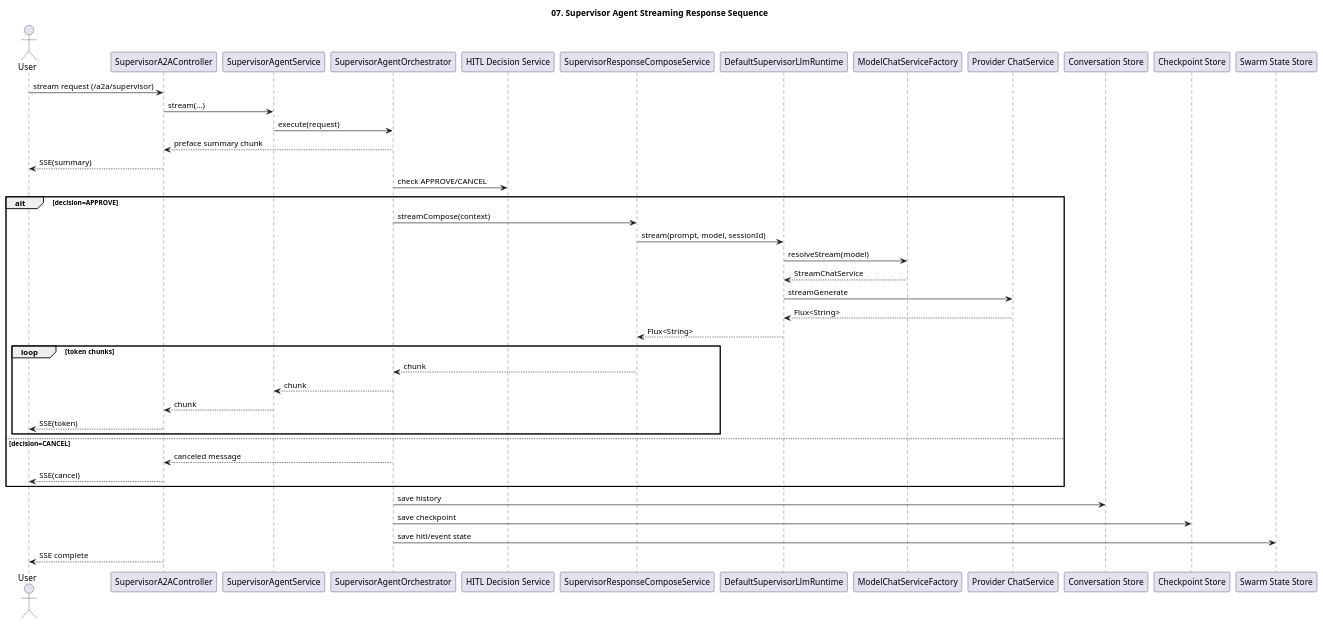
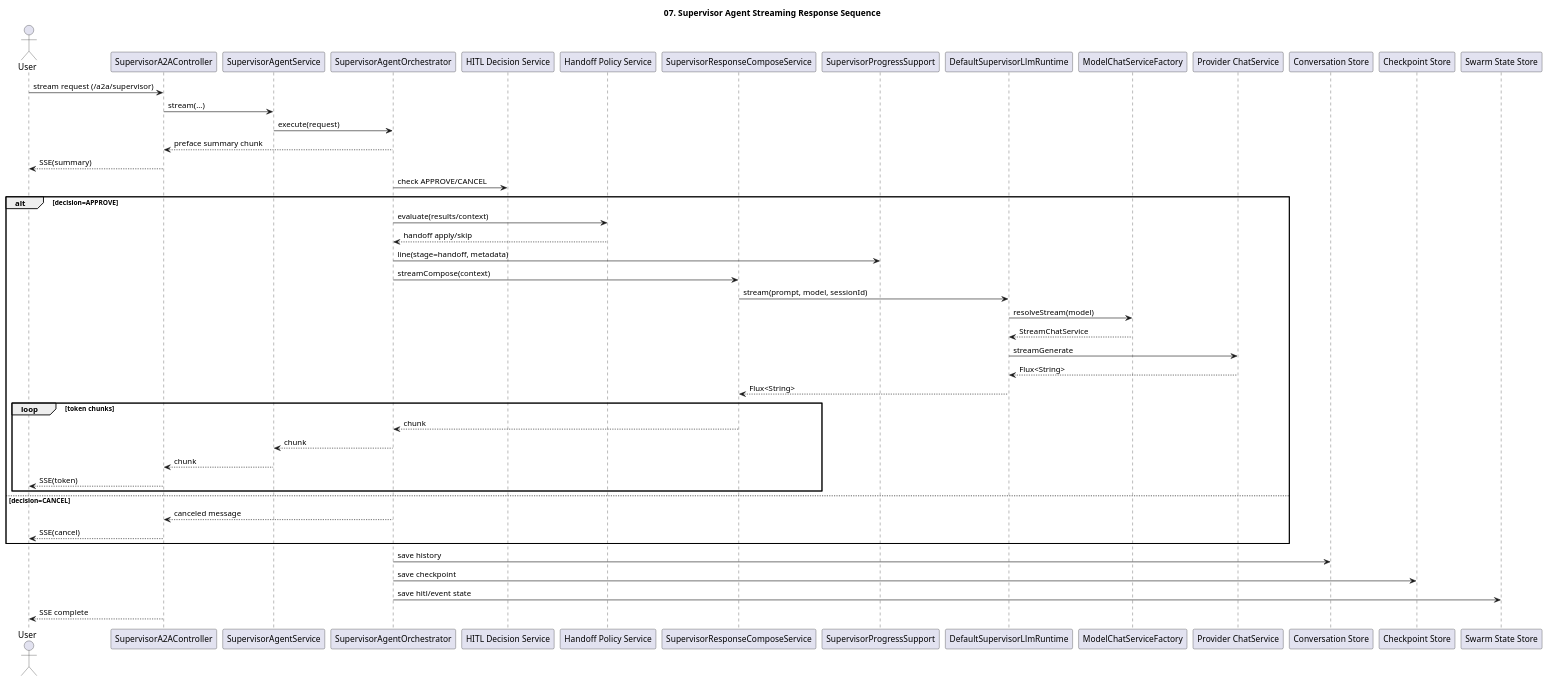
One commit to kim57uak/spring-ai changed the diagram in documents/a2a-host_agent-architecture/07-streaming-response-sequence.puml. Above: the diagram before and after it, drawn with PlantUML. The commit also changed 69 other files, not shown here.

```diff
--- a/documents/a2a-host_agent-architecture/07-streaming-response-sequence.puml
+++ b/documents/a2a-host_agent-architecture/07-streaming-response-sequence.puml
@@ -1,57 +1,65 @@
 @startuml
 !pragma layout smetana
 title 07. Supervisor Agent Streaming Response Sequence
 
 skinparam shadowing false
 
 actor User
 participant "SupervisorA2AController" as Controller
 participant "SupervisorAgentService" as Service
 participant "SupervisorAgentOrchestrator" as Orchestrator
 participant "HITL Decision Service" as HitlDecision
+participant "Handoff Policy Service" as HandoffPolicy
 participant "SupervisorResponseComposeService" as Composer
+participant "SupervisorProgressSupport" as Progress
 participant "DefaultSupervisorLlmRuntime" as Runtime
 participant "ModelChatServiceFactory" as Factory
 participant "Provider ChatService" as Provider
 participant "Conversation Store" as ConversationStore
 participant "Checkpoint Store" as CheckpointStore
 participant "Swarm State Store" as SwarmStore
 
 User -> Controller : stream request (/a2a/supervisor)
 Controller -> Service : stream(...)
 Service -> Orchestrator : execute(request)
 Orchestrator --> Controller : preface summary chunk
 Controller --> User : SSE(summary)
 
 Orchestrator -> HitlDecision : check APPROVE/CANCEL
 alt decision=APPROVE
+  Orchestrator -> HandoffPolicy : evaluate(results/context)
+  HandoffPolicy --> Orchestrator : handoff apply/skip
+  Orchestrator -> Progress : line(stage=handoff, metadata)
   Orchestrator -> Composer : streamCompose(context)
   Composer -> Runtime : stream(prompt, model, sessionId)
   Runtime -> Factory : resolveStream(model)
   Factory --> Runtime : StreamChatService
   Runtime -> Provider : streamGenerate
   Provider --> Runtime : Flux<String>
   Runtime --> Composer : Flux<String>
 
   loop token chunks
     Composer --> Orchestrator : chunk
     Orchestrator --> Service : chunk
     Service --> Controller : chunk
     Controller --> User : SSE(token)
   end
 else decision=CANCEL
   Orchestrator --> Controller : canceled message
   Controller --> User : SSE(cancel)
 end
 
 Orchestrator -> ConversationStore : save history
 Orchestrator -> CheckpointStore : save checkpoint
 Orchestrator -> SwarmStore : save hitl/event state
 Controller --> User : SSE complete
 
+' 2026-04-13 sync with doc 34
+' - stream response path includes handoff evaluate/apply or skip
+' - progress/trace emitted via SupervisorProgressSupport
 ' 2026-04-12 sync with docs 30/31
 ' - Scope: HITL decision limited to APPROVE/CANCEL in current phase
 ' - Data mutation requests (create/update/delete) require mandatory HITL
 ' - A2A compatibility mode keeps both legacy and v1.0 methods
 ' - User profile input collection is deferred to next phase
 @enduml
```
